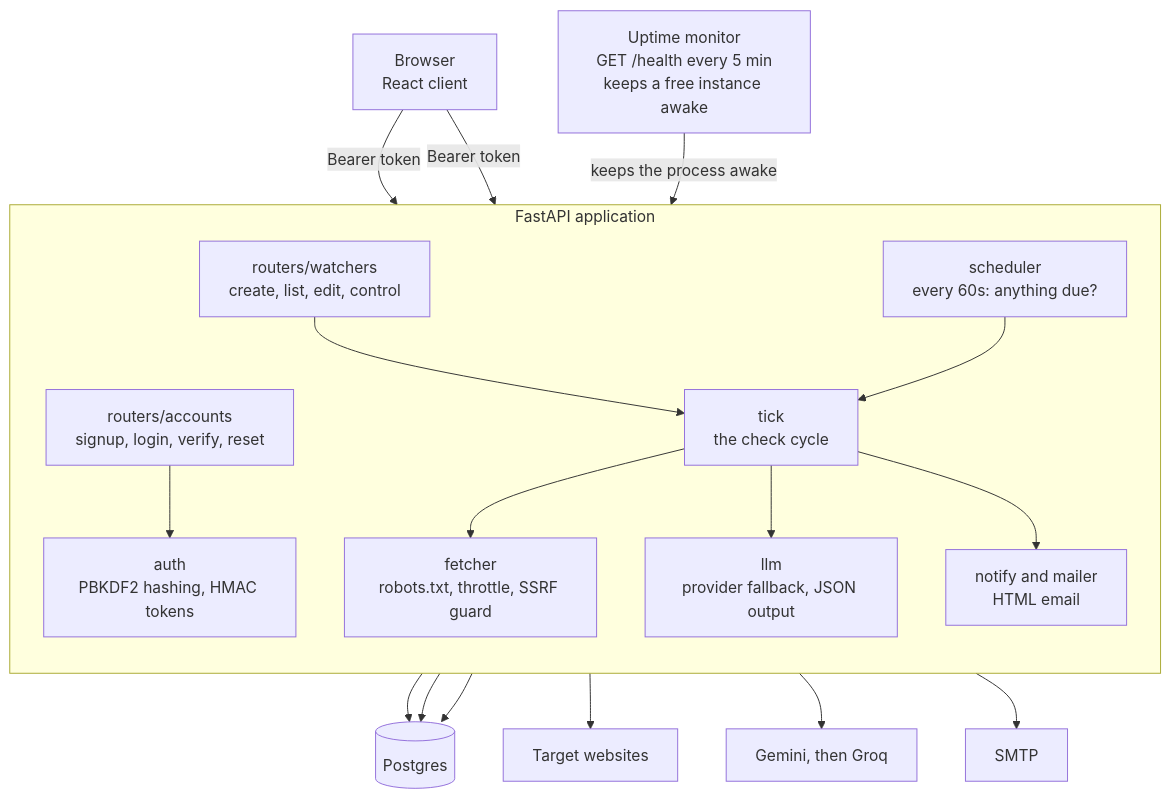
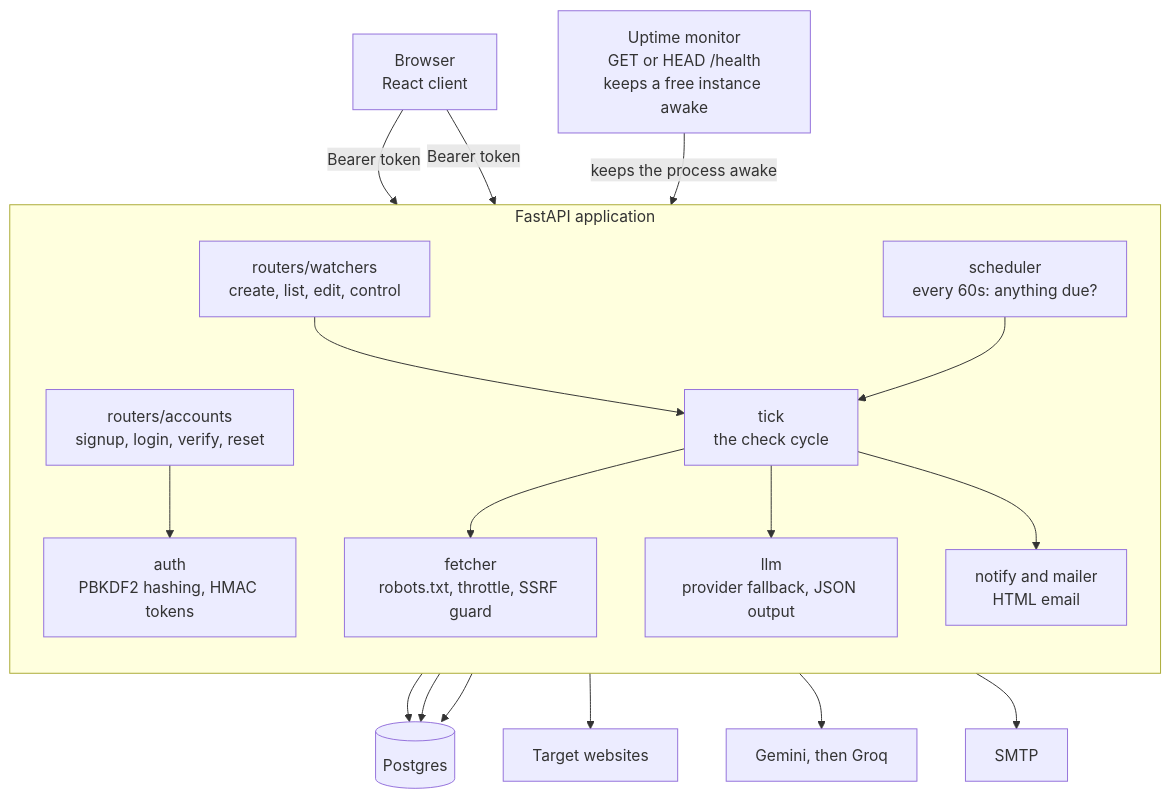
One commit to Ahsan-20/Argus changed the first of 2 diagrams in backend/README.md. Above: the diagram before and after it, drawn with Mermaid. The commit also changed other lines of this file and 2 other files, not shown here.

````diff
--- a/backend/README.md
+++ b/backend/README.md
@@ -18,40 +20,40 @@
 ```mermaid
 flowchart TB
     BROWSER["Browser<br/>React client"]
-    MONITOR["Uptime monitor<br/>GET /health every 5 min<br/>keeps a free instance awake"]
+    MONITOR["Uptime monitor<br/>GET or HEAD /health<br/>keeps a free instance awake"]
 
     subgraph APP["FastAPI application"]
         direction TB
         ACCOUNTS["routers/accounts<br/>signup, login, verify, reset"]
         WATCHERS["routers/watchers<br/>create, list, edit, control"]
         AUTHMOD["auth<br/>PBKDF2 hashing, HMAC tokens"]
         SCHED["scheduler<br/>every 60s: anything due?"]
         TICK["tick<br/>the check cycle"]
         FETCH["fetcher<br/>robots.txt, throttle, SSRF guard"]
         LLM["llm<br/>provider fallback, JSON output"]
         NOTIFY["notify and mailer<br/>HTML email"]
     end
 
     DB[("Postgres")]
     SITES["Target websites"]
     MODELS["Gemini, then Groq"]
     MAIL["SMTP"]
 
     BROWSER -- "Bearer token" --> ACCOUNTS
     BROWSER -- "Bearer token" --> WATCHERS
     MONITOR -- "keeps the process awake" --> APP
 
     ACCOUNTS --> AUTHMOD
     WATCHERS --> TICK
     SCHED --> TICK
     TICK --> FETCH
     TICK --> LLM
     TICK --> NOTIFY
 
     ACCOUNTS --> DB
     WATCHERS --> DB
     TICK --> DB
     FETCH --> SITES
     LLM --> MODELS
     NOTIFY --> MAIL
 ```
````
